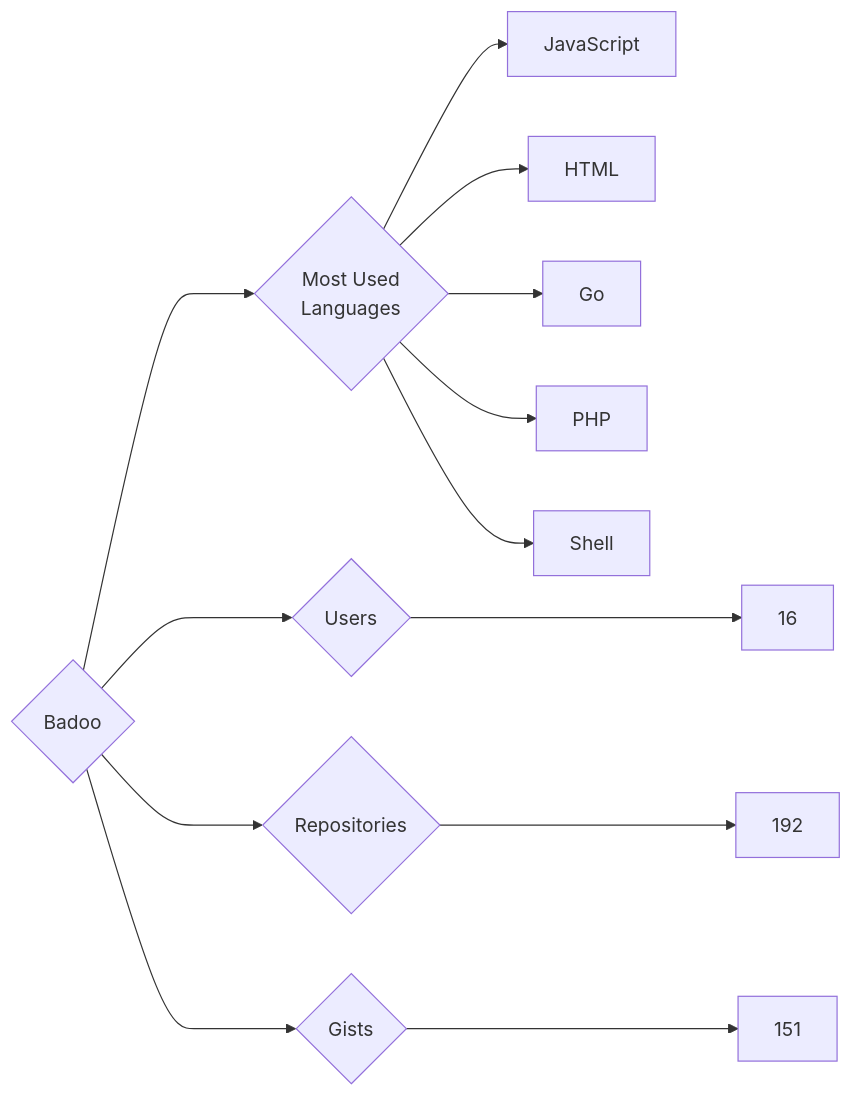
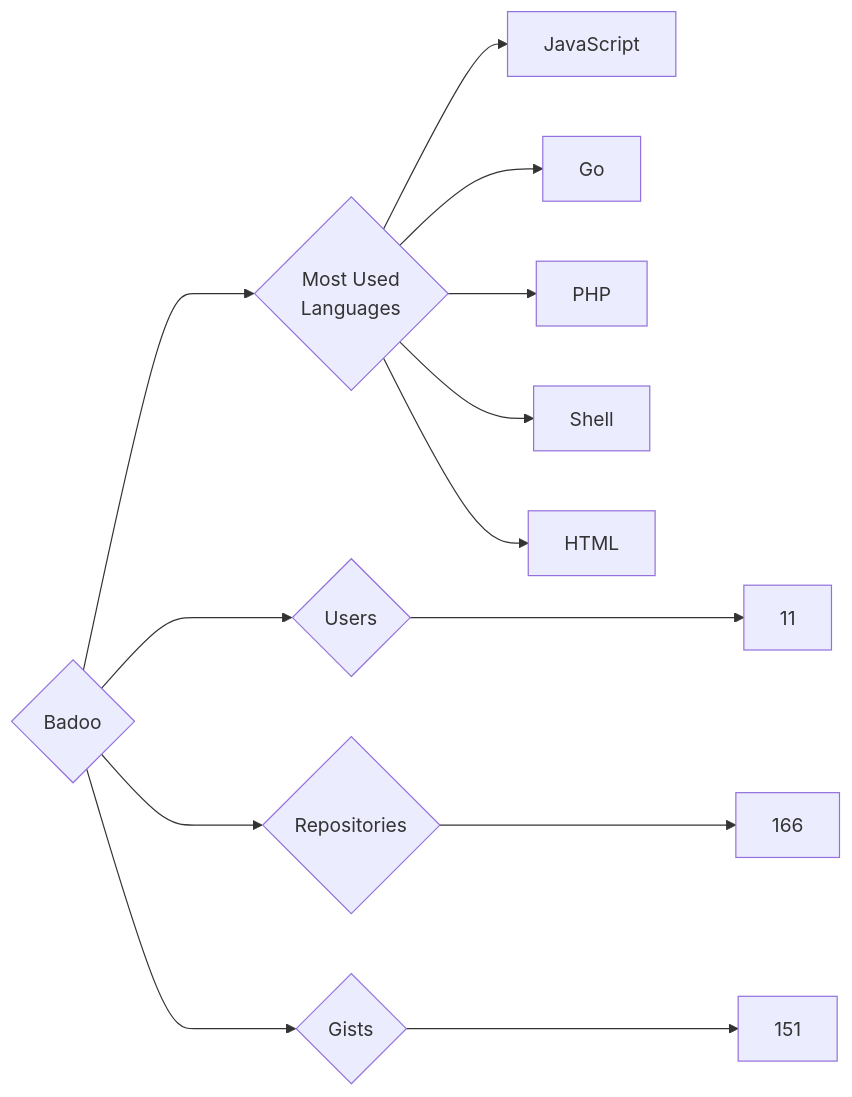
Before and after one commit to trickest/insiders: the diagram in targets/Badoo/README.md, drawn with Mermaid. The commit also changed 752 other files, not shown here.

````diff
--- a/targets/Badoo/README.md
+++ b/targets/Badoo/README.md
@@ -3,13 +3,13 @@
 ```mermaid
 graph LR
 COMPANY_NAME{Badoo}
-COMPANY_NAME ---> U{Users} ---> UN[16]
-COMPANY_NAME ---> R{Repositories} ---> RN[192]
+COMPANY_NAME ---> U{Users} ---> UN[11]
+COMPANY_NAME ---> R{Repositories} ---> RN[166]
 COMPANY_NAME ---> G{Gists} ---> GN[151]
 COMPANY_NAME ---> ML{Most Used<br>Languages}
 ML --> JavaScript[JavaScript]
-ML --> HTML[HTML]
 ML --> Go[Go]
 ML --> PHP[PHP]
 ML --> Shell[Shell]
+ML --> HTML[HTML]
 ```
````
